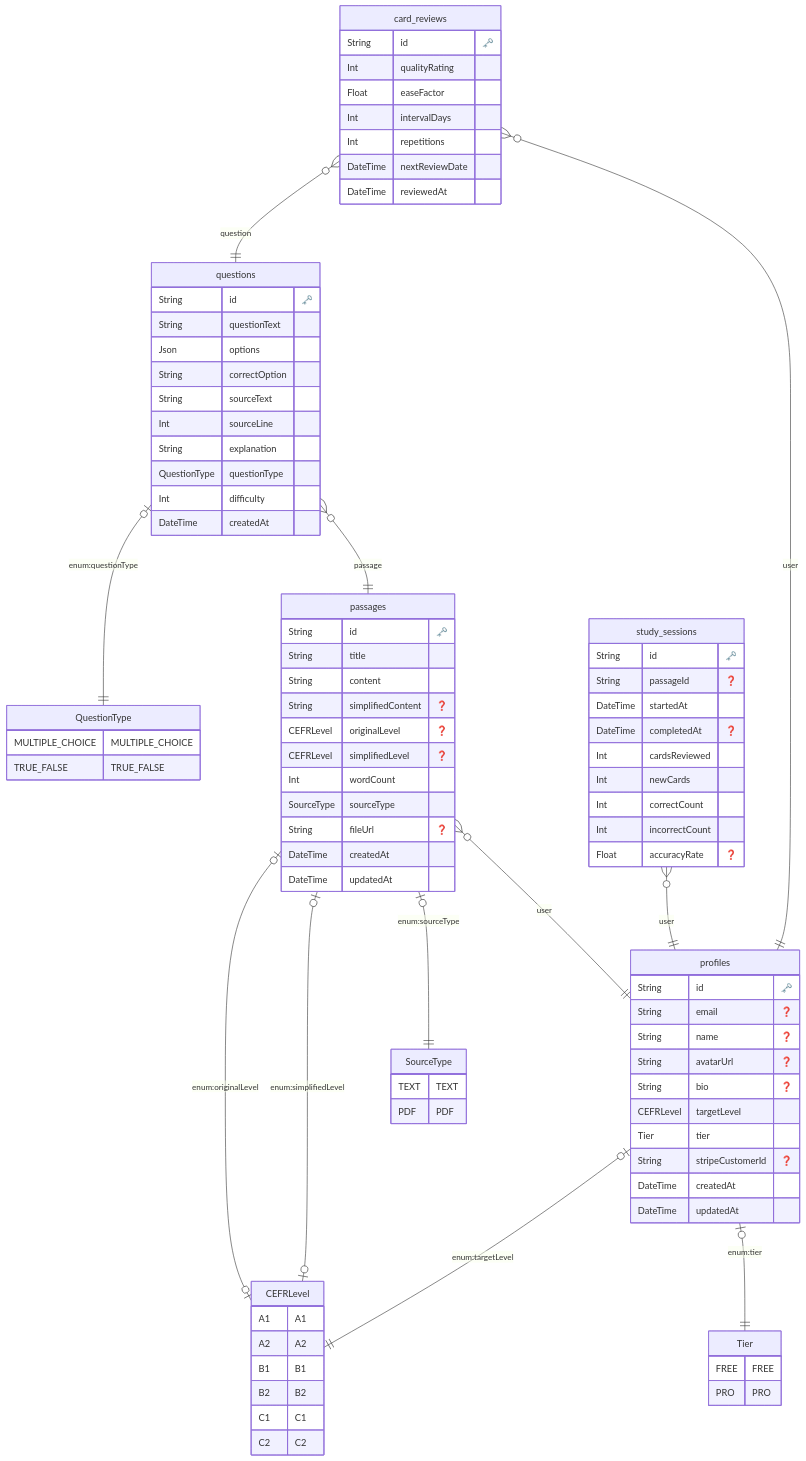
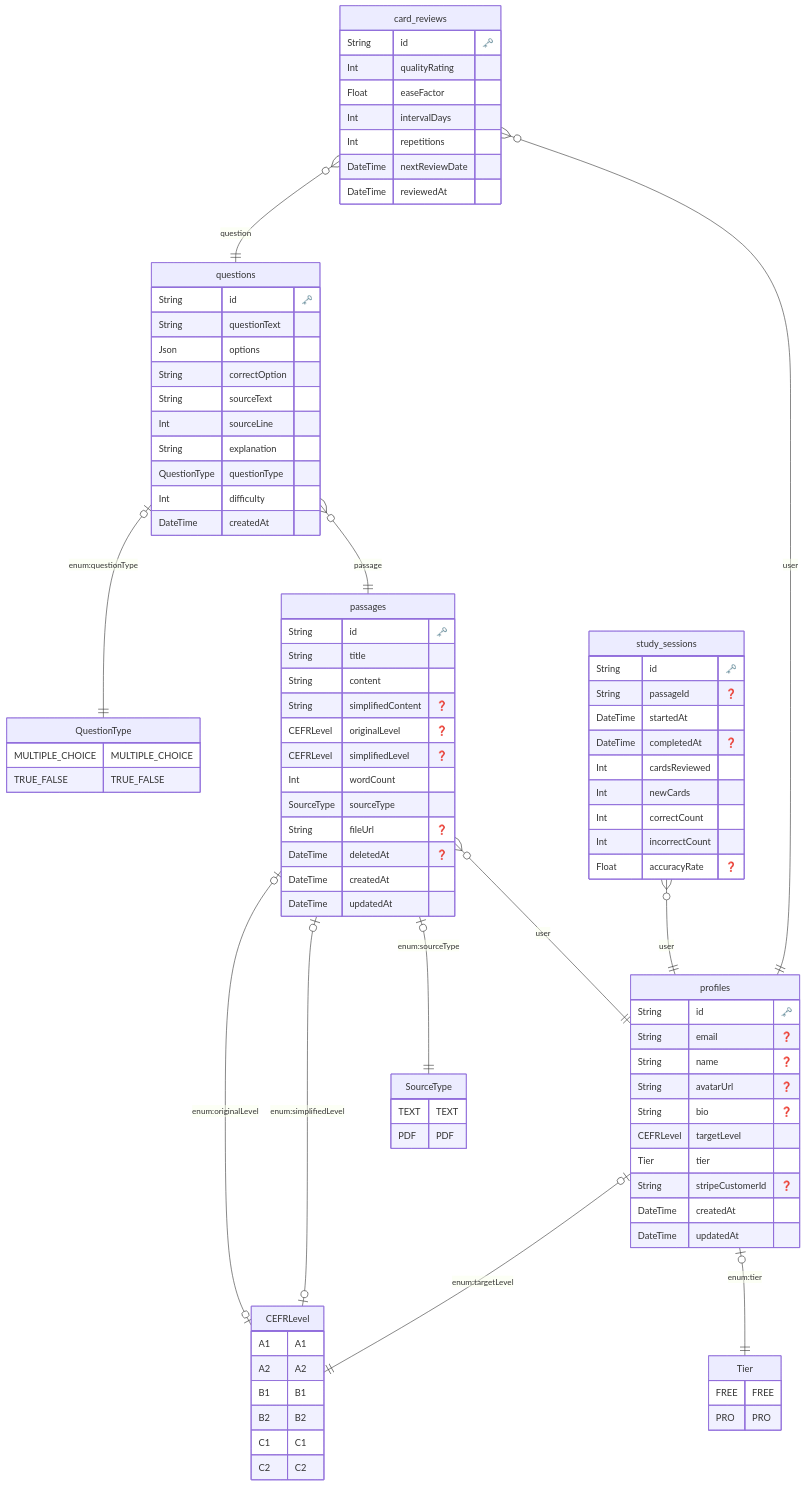
The diagram in prisma/ERD.md (BoneTheDeveloper/ReadingPro), drawn with Mermaid before and after one commit. The commit also changed 8 other files, not shown here.

```diff
--- a/prisma/ERD.md
+++ b/prisma/ERD.md
@@ -55,6 +55,7 @@
     Int wordCount 
     SourceType sourceType 
     String fileUrl "❓"
+    DateTime deletedAt "❓"
     DateTime createdAt 
     DateTime updatedAt 
     }
```
